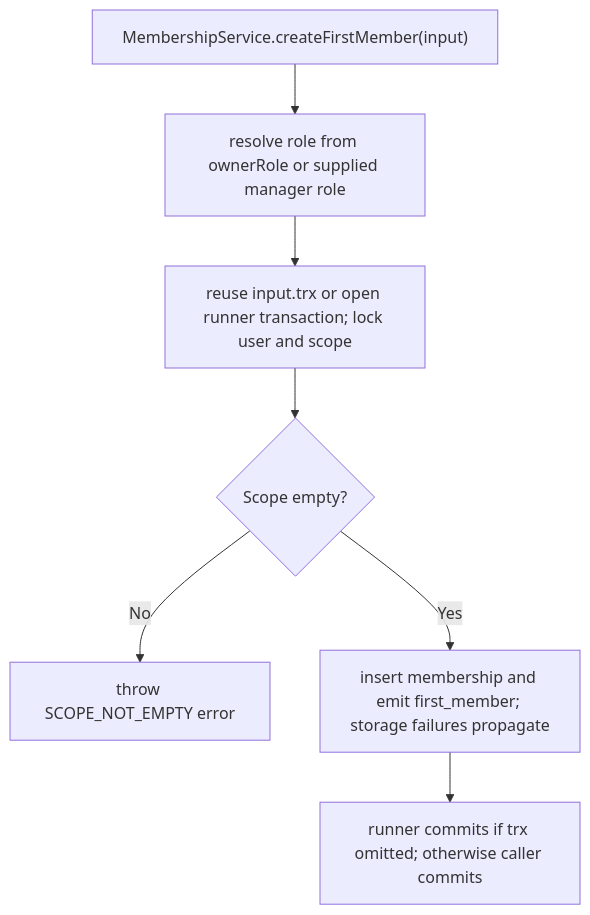
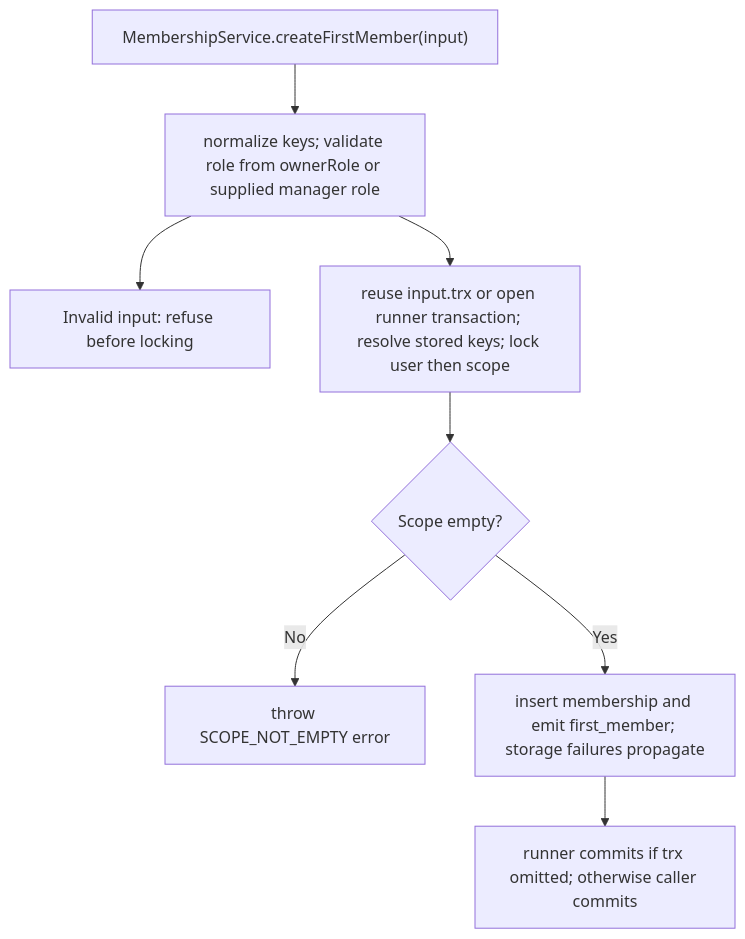
The second of 2 diagrams in user-stories/US-ACCESS-21-bootstrap-first-member.md (Kevinjohn/oss-adonisjs-access-control), drawn with Mermaid before and after one commit. The commit also changed 31 other files, not shown here.

````diff
--- a/user-stories/US-ACCESS-21-bootstrap-first-member.md
+++ b/user-stories/US-ACCESS-21-bootstrap-first-member.md
@@ -32,9 +32,10 @@
 ```mermaid
 flowchart TD
-    A["MembershipService.createFirstMember(input)"] --> B["resolve role from ownerRole or supplied manager role"]
-    B --> C["reuse input.trx or open runner transaction; lock user and scope"]
+    A["MembershipService.createFirstMember(input)"] --> B["normalize keys; validate role from ownerRole or supplied manager role"]
+    B --> X["Invalid input: refuse before locking"]
+    B --> C["reuse input.trx or open runner transaction; resolve stored keys; lock user then scope"]
     C --> D{"Scope empty?"}
     D -->|No| E["throw SCOPE_NOT_EMPTY error"]
     D -->|Yes| F["insert membership and emit first_member; storage failures propagate"]
     F --> G["runner commits if trx omitted; otherwise caller commits"]
 ```
````
